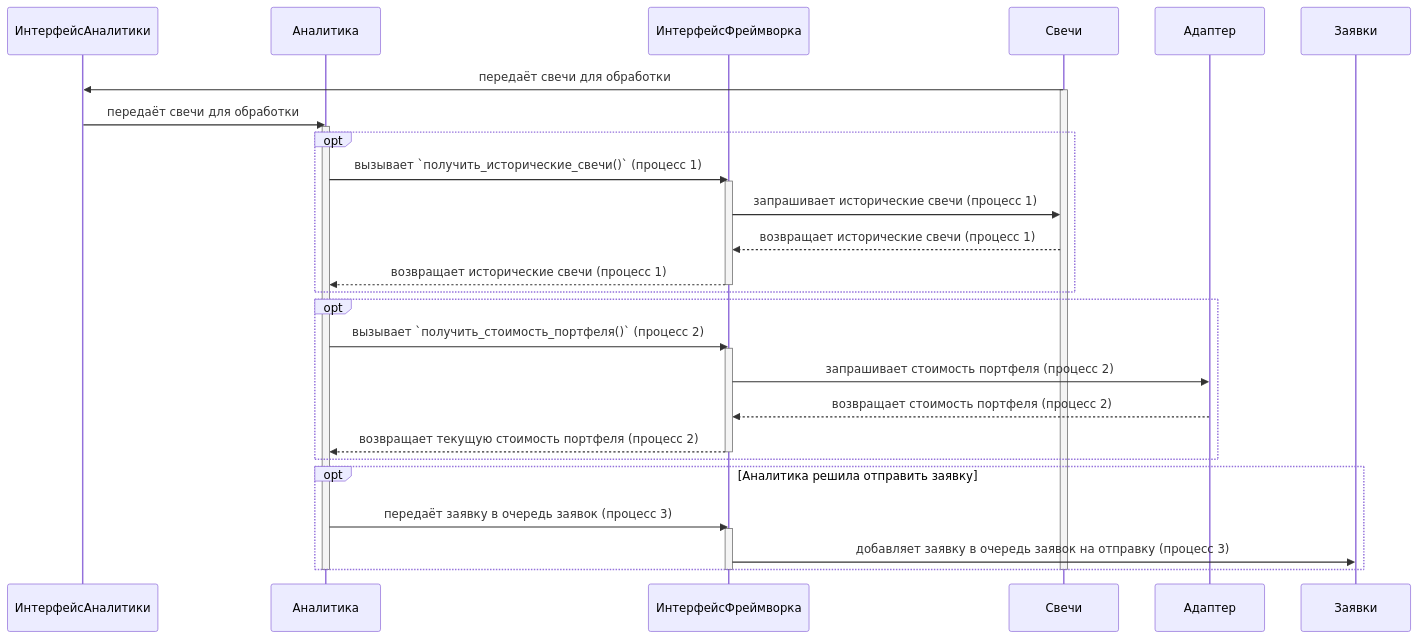
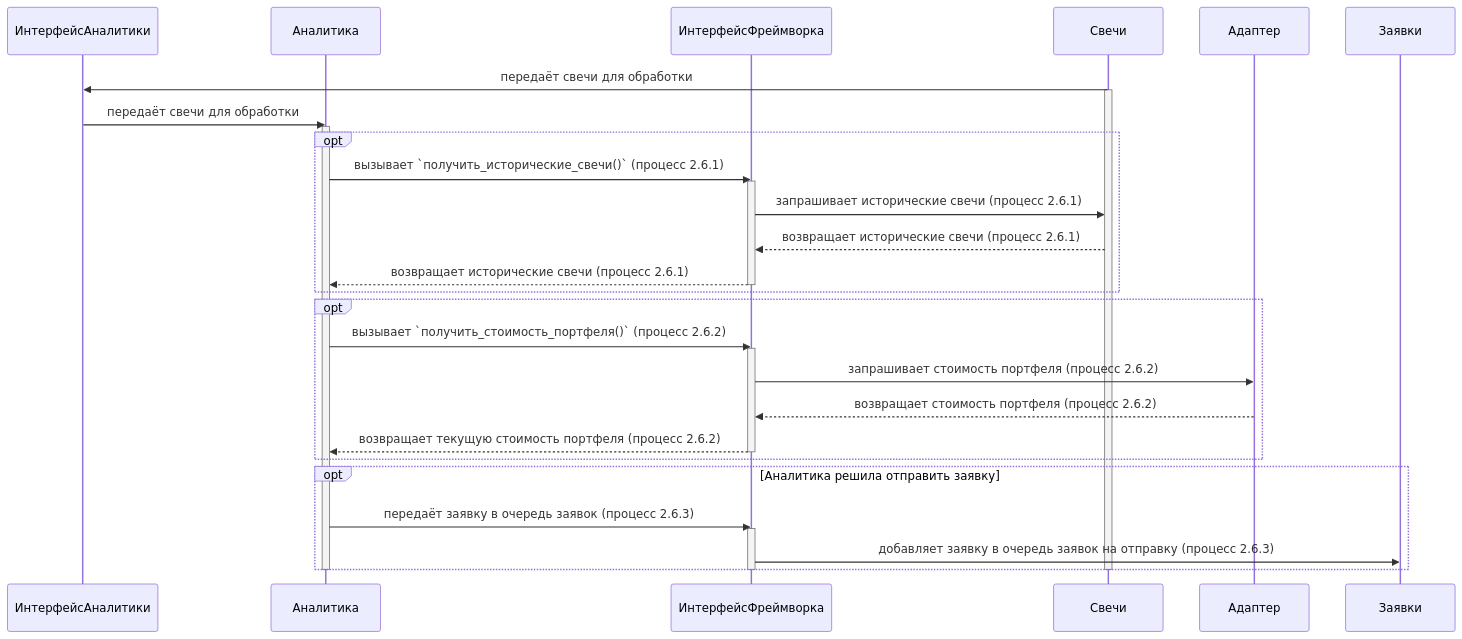
One commit to Marat22/MiriadRobotDocs changed diagram 17 of 22 in robot-logic.md. Above: the diagram before and after it, drawn with Mermaid. The commit also changed other lines of this file, not shown here.

````diff
--- a/robot-logic.md
+++ b/robot-logic.md
@@ -481,42 +482,42 @@
 ```mermaid
 sequenceDiagram
     participant ИнтерфейсАналитики
     participant Аналитика
     participant ИнтерфейсФреймворка
     participant Свечи
     participant Адаптер
     participant Заявки
 
     Свечи->>ИнтерфейсАналитики: передаёт свечи для обработки
     activate Свечи
     ИнтерфейсАналитики->>Аналитика: передаёт свечи для обработки
     activate Аналитика
 
     opt
-    Аналитика->>ИнтерфейсФреймворка: вызывает `получить_исторические_свечи()` (процесс 1)
+    Аналитика->>ИнтерфейсФреймворка: вызывает `получить_исторические_свечи()` (процесс 2.6.1)
     activate ИнтерфейсФреймворка
-    ИнтерфейсФреймворка->>Свечи: запрашивает исторические свечи (процесс 1)
-    Свечи-->>ИнтерфейсФреймворка: возвращает исторические свечи (процесс 1)
-    ИнтерфейсФреймворка-->>Аналитика: возвращает исторические свечи (процесс 1)
+    ИнтерфейсФреймворка->>Свечи: запрашивает исторические свечи (процесс 2.6.1)
+    Свечи-->>ИнтерфейсФреймворка: возвращает исторические свечи (процесс 2.6.1)
+    ИнтерфейсФреймворка-->>Аналитика: возвращает исторические свечи (процесс 2.6.1)
     deactivate ИнтерфейсФреймворка
     end
 
     opt
-    Аналитика->>ИнтерфейсФреймворка: вызывает `получить_стоимость_портфеля()` (процесс 2)
+    Аналитика->>ИнтерфейсФреймворка: вызывает `получить_стоимость_портфеля()` (процесс 2.6.2)
     activate ИнтерфейсФреймворка
-    ИнтерфейсФреймворка->>Адаптер: запрашивает стоимость портфеля (процесс 2)
-    Адаптер-->>ИнтерфейсФреймворка: возвращает стоимость портфеля (процесс 2)
-    ИнтерфейсФреймворка-->>Аналитика: возвращает текущую стоимость портфеля (процесс 2)
+    ИнтерфейсФреймворка->>Адаптер: запрашивает стоимость портфеля (процесс 2.6.2)
+    Адаптер-->>ИнтерфейсФреймворка: возвращает стоимость портфеля (процесс 2.6.2)
+    ИнтерфейсФреймворка-->>Аналитика: возвращает текущую стоимость портфеля (процесс 2.6.2)
     deactivate ИнтерфейсФреймворка
     end
 
     opt Аналитика решила отправить заявку
-    Аналитика->>ИнтерфейсФреймворка: передаёт заявку в очередь заявок (процесс 3)
+    Аналитика->>ИнтерфейсФреймворка: передаёт заявку в очередь заявок (процесс 2.6.3)
     activate ИнтерфейсФреймворка
-    ИнтерфейсФреймворка->>Заявки: добавляет заявку в очередь заявок на отправку (процесс 3)
+    ИнтерфейсФреймворка->>Заявки: добавляет заявку в очередь заявок на отправку (процесс 2.6.3)
     end
 
     deactivate ИнтерфейсФреймворка
     deactivate Аналитика
     deactivate Свечи
 ```
````
